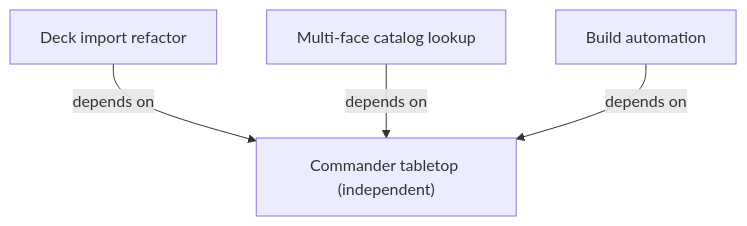
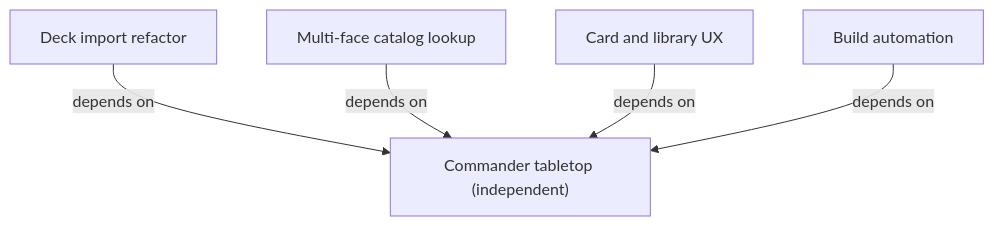
Before and after one commit to gossagomez-new/mtgcmd: the diagram in spec/INDEX.md, drawn with Mermaid. The commit also changed other lines of this file and 4 other files, not shown here.

````diff
--- a/spec/INDEX.md
+++ b/spec/INDEX.md
@@ -14,10 +15,12 @@
 ```mermaid
 flowchart TD
     tabletop["Commander tabletop (independent)"]
     build["Build automation"]
     imports["Deck import refactor"]
     imports -->|depends on| tabletop
     catalog["Multi-face catalog lookup"]
     catalog -->|depends on| tabletop
+    ux["Card and library UX"]
+    ux -->|depends on| tabletop
     build -->|depends on| tabletop
 ```
````
